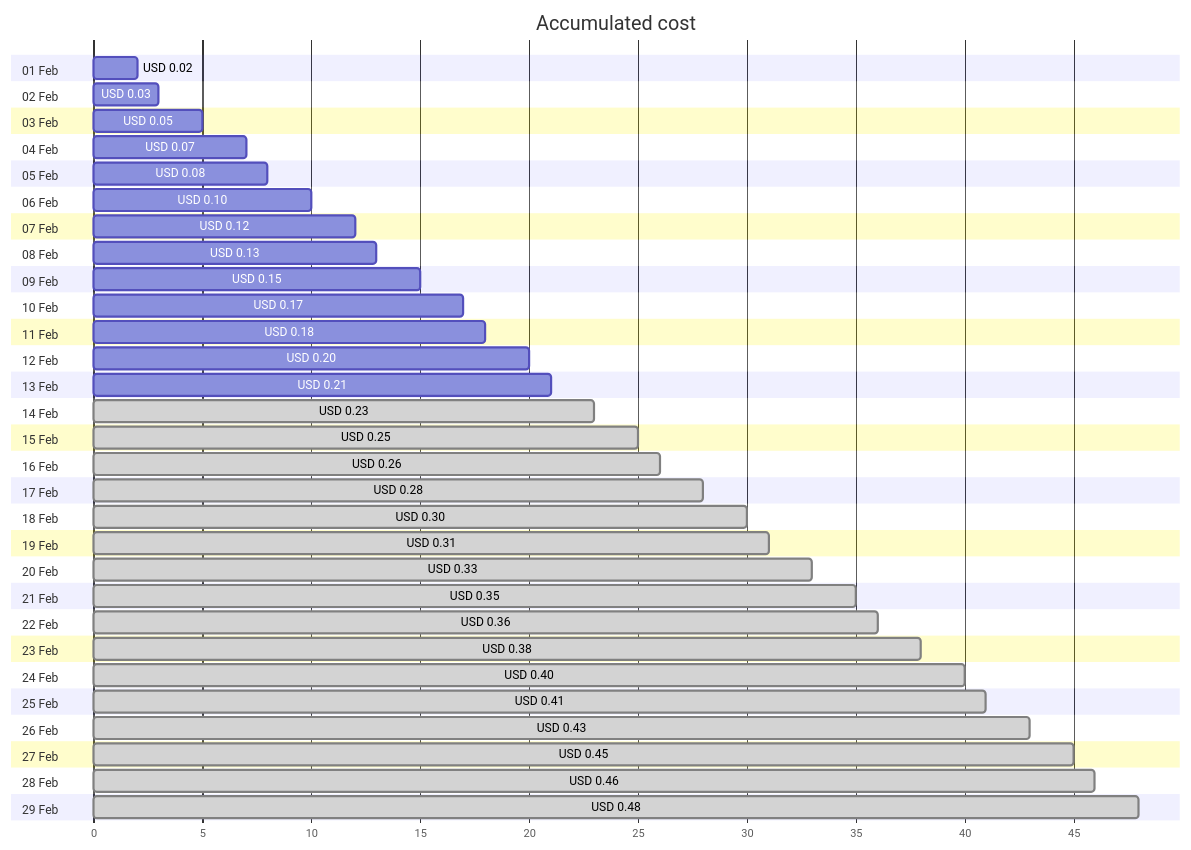
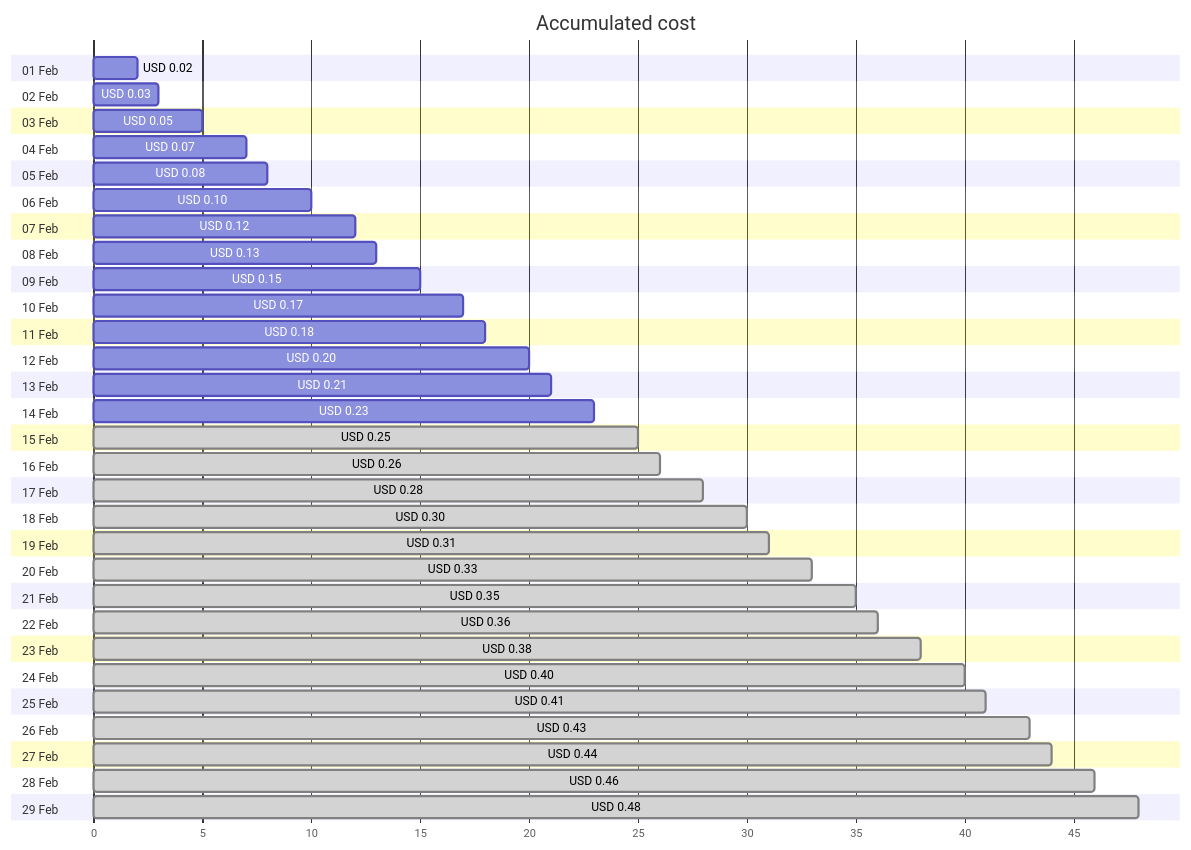
The first of 4 diagrams in cost-reports/personal-dns/jpatrickfulton.dev.md (jpfulton/azure-personal-reports), drawn with Mermaid before and after one commit. The commit also changed other lines of this file and 2 other files, not shown here.

````diff
--- a/cost-reports/personal-dns/jpatrickfulton.dev.md
+++ b/cost-reports/personal-dns/jpatrickfulton.dev.md
@@ -20,64 +20,64 @@
 ```mermaid
 gantt
    title Accumulated cost
    dateFormat  X
    axisFormat %s
    section 01 Feb
    USD 0.02 :0, 2
    section 02 Feb
    USD 0.03 :0, 3
    section 03 Feb
    USD 0.05 :0, 5
    section 04 Feb
    USD 0.07 :0, 7
    section 05 Feb
    USD 0.08 :0, 8
    section 06 Feb
    USD 0.10 :0, 10
    section 07 Feb
    USD 0.12 :0, 12
    section 08 Feb
    USD 0.13 :0, 13
    section 09 Feb
    USD 0.15 :0, 15
    section 10 Feb
    USD 0.17 :0, 17
    section 11 Feb
    USD 0.18 :0, 18
    section 12 Feb
    USD 0.20 :0, 20
    section 13 Feb
    USD 0.21 :0, 21
    section 14 Feb
-   USD 0.23 : done, 0, 23
+   USD 0.23 :0, 23
    section 15 Feb
    USD 0.25 : done, 0, 25
    section 16 Feb
    USD 0.26 : done, 0, 26
    section 17 Feb
    USD 0.28 : done, 0, 28
    section 18 Feb
    USD 0.30 : done, 0, 30
    section 19 Feb
    USD 0.31 : done, 0, 31
    section 20 Feb
    USD 0.33 : done, 0, 33
    section 21 Feb
    USD 0.35 : done, 0, 35
    section 22 Feb
    USD 0.36 : done, 0, 36
    section 23 Feb
    USD 0.38 : done, 0, 38
    section 24 Feb
    USD 0.40 : done, 0, 40
    section 25 Feb
    USD 0.41 : done, 0, 41
    section 26 Feb
    USD 0.43 : done, 0, 43
    section 27 Feb
-   USD 0.45 : done, 0, 45
+   USD 0.44 : done, 0, 44
    section 28 Feb
    USD 0.46 : done, 0, 46
    section 29 Feb
    USD 0.48 : done, 0, 48
 ```
````
